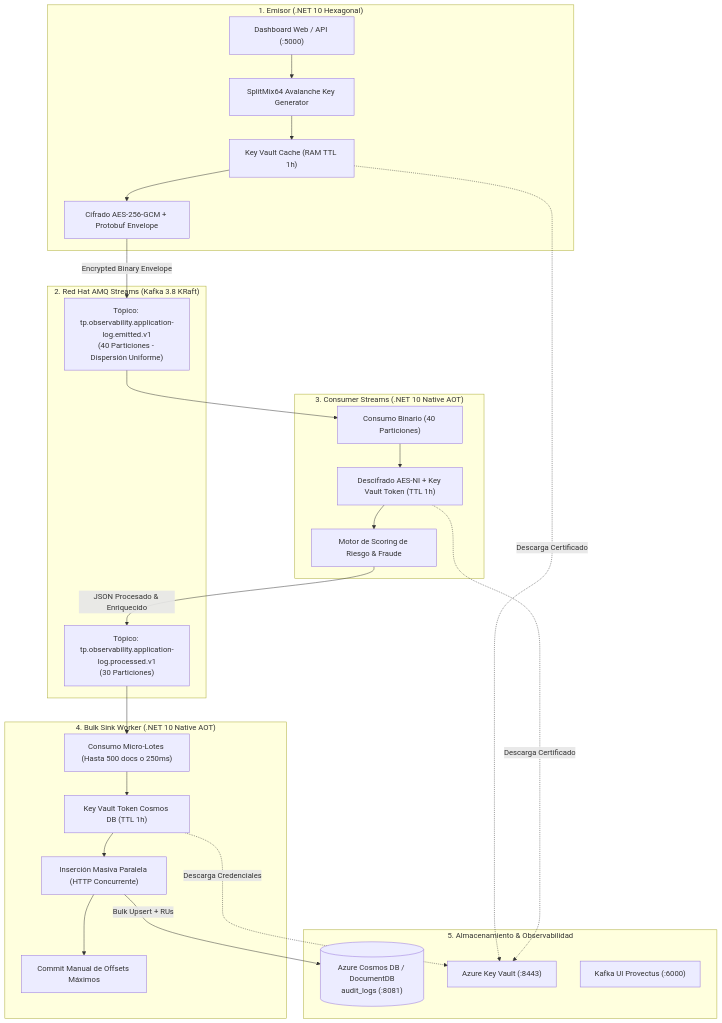
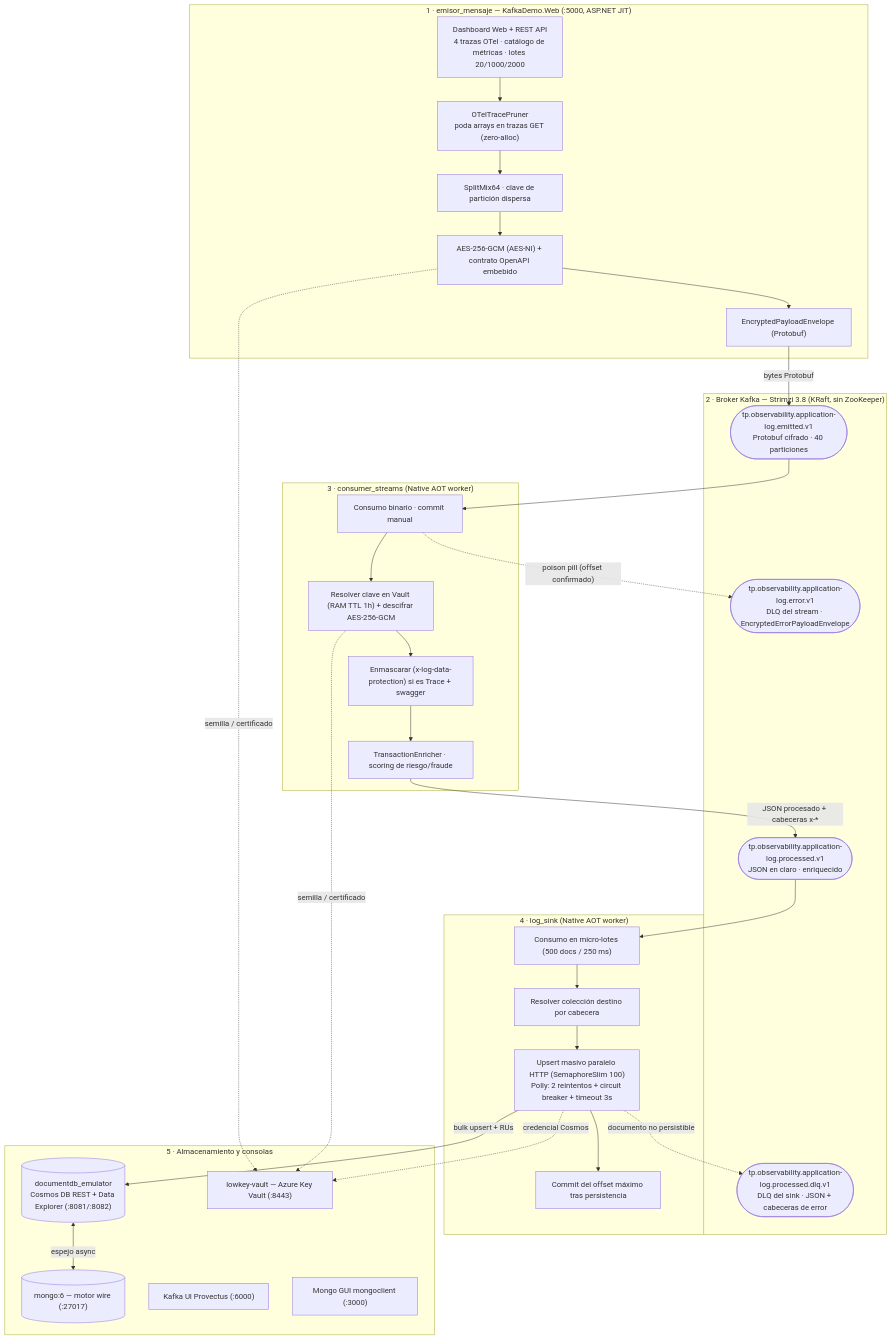
The diagram in README.md (aaguerram/log_procesor_otel), drawn with Mermaid before and after one commit. The commit also changed other lines of this file, not shown here.

````diff
--- a/README.md
+++ b/README.md
@@ -9,45 +60,54 @@
 ```mermaid
 flowchart TD
-    subgraph Emisor ["1. Emisor (.NET 10 Hexagonal)"]
-        A1["Dashboard Web / API (:5000)"]
-        A2["SplitMix64 Avalanche Key Generator"]
-        A3["Key Vault Cache (RAM TTL 1h)"]
-        A4["Cifrado AES-256-GCM + Protobuf Envelope"]
-        A1 --> A2 --> A3 --> A4
+    subgraph EM ["1 · emisor_mensaje — KafkaDemo.Web (:5000, ASP.NET JIT)"]
+        A1["Dashboard Web + REST API<br/>4 trazas OTel · catálogo de métricas · lotes 20/1000/2000"]
+        A2["OTelTracePruner<br/>poda arrays en trazas GET (zero-alloc)"]
+        A3["SplitMix64 · clave de partición dispersa"]
+        A4["AES-256-GCM (AES-NI) + contrato OpenAPI embebido"]
+        A5["EncryptedPayloadEnvelope (Protobuf)"]
+        A1 --> A2 --> A3 --> A4 --> A5
     end
 
-    subgraph KafkaBroker ["2. Red Hat AMQ Streams (Kafka 3.8 KRaft)"]
-        K1["Tópico: tp.observability.application-log.emitted.v1<br/>(40 Particiones - Dispersión Uniforme)"]
-        K2["Tópico: tp.observability.application-log.processed.v1<br/>(30 Particiones)"]
+    subgraph BR ["2 · Broker Kafka — Strimzi 3.8 (KRaft, sin ZooKeeper)"]
+        K1(["tp.observability.application-log.emitted.v1<br/>Protobuf cifrado · 40 particiones"])
+        K2(["tp.observability.application-log.processed.v1<br/>JSON en claro · enriquecido"])
+        E1(["tp.observability.application-log.error.v1<br/>DLQ del stream · EncryptedErrorPayloadEnvelope"])
+        E2(["tp.observability.application-log.processed.dlq.v1<br/>DLQ del sink · JSON + cabeceras de error"])
     end
 
-    subgraph ConsumerStreams ["3. Consumer Streams (.NET 10 Native AOT)"]
-        C1["Consumo Binario (40 Particiones)"]
-        C2["Descifrado AES-NI + Key Vault Token (TTL 1h)"]
-        C3["Motor de Scoring de Riesgo & Fraude"]
-        C1 --> C2 --> C3
+    subgraph CS ["3 · consumer_streams (Native AOT worker)"]
+        C1["Consumo binario · commit manual"]
+        C2["Resolver clave en Vault (RAM TTL 1h) + descifrar AES-256-GCM"]
+        C3["Enmascarar (x-log-data-protection) si es Trace + swagger"]
+        C4["TransactionEnricher · scoring de riesgo/fraude"]
+        C1 --> C2 --> C3 --> C4
     end
 
-    subgraph LogSink ["4. Bulk Sink Worker (.NET 10 Native AOT)"]
-        S1["Consumo Micro-Lotes (Hasta 500 docs o 250ms)"]
-        S2["Key Vault Token Cosmos DB (TTL 1h)"]
-        S3["Inserción Masiva Paralela (HTTP Concurrente)"]
-        S4["Commit Manual de Offsets Máximos"]
+    subgraph LS ["4 · log_sink (Native AOT worker)"]
+        S1["Consumo en micro-lotes (500 docs / 250 ms)"]
+        S2["Resolver colección destino por cabecera"]
+        S3["Upsert masivo paralelo HTTP (SemaphoreSlim 100)<br/>Polly: 2 reintentos + circuit breaker + timeout 3s"]
+        S4["Commit del offset máximo tras persistencia"]
         S1 --> S2 --> S3 --> S4
     end
 
-    subgraph StorageObservability ["5. Almacenamiento & Observabilidad"]
-        DB[("Azure Cosmos DB / DocumentDB<br/>audit_logs (:8081)")]
-        KV["Azure Key Vault (:8443)"]
+    subgraph ST ["5 · Almacenamiento y consolas"]
+        DB[("documentdb_emulator<br/>Cosmos DB REST + Data Explorer (:8081/:8082)")]
+        MG[("mongo:6 — motor wire (:27017)")]
+        KV["lowkey-vault — Azure Key Vault (:8443)"]
         KUI["Kafka UI Provectus (:6000)"]
+        NUI["Mongo GUI mongoclient (:3000)"]
     end
 
-    A4 -->|Encrypted Binary Envelope| K1
+    A5 -->|"bytes Protobuf"| K1
     K1 --> C1
-    C3 -->|JSON Procesado & Enriquecido| K2
+    C4 -->|"JSON procesado + cabeceras x-*"| K2
+    C1 -.->|"poison pill (offset confirmado)"| E1
     K2 --> S1
-    S3 -->|Bulk Upsert + RUs| DB
-    A3 -.->|Descarga Certificado| KV
-    C2 -.->|Descarga Certificado| KV
-    S2 -.->|Descarga Credenciales| KV
+    S3 -->|"bulk upsert + RUs"| DB
+    S3 -.->|"documento no persistible"| E2
+    DB <-->|"espejo async"| MG
+    A4 -.->|"semilla / certificado"| KV
+    C2 -.->|"semilla / certificado"| KV
+    S3 -.->|"credencial Cosmos"| KV
 ```
````
